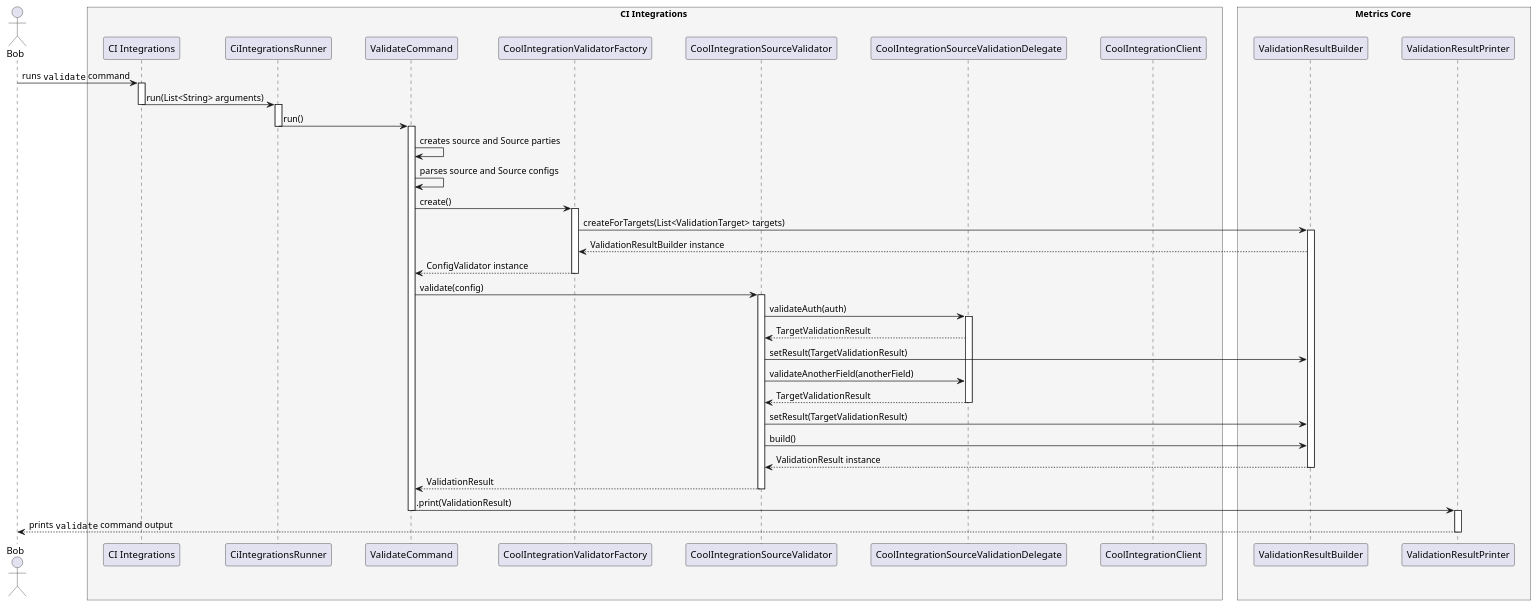
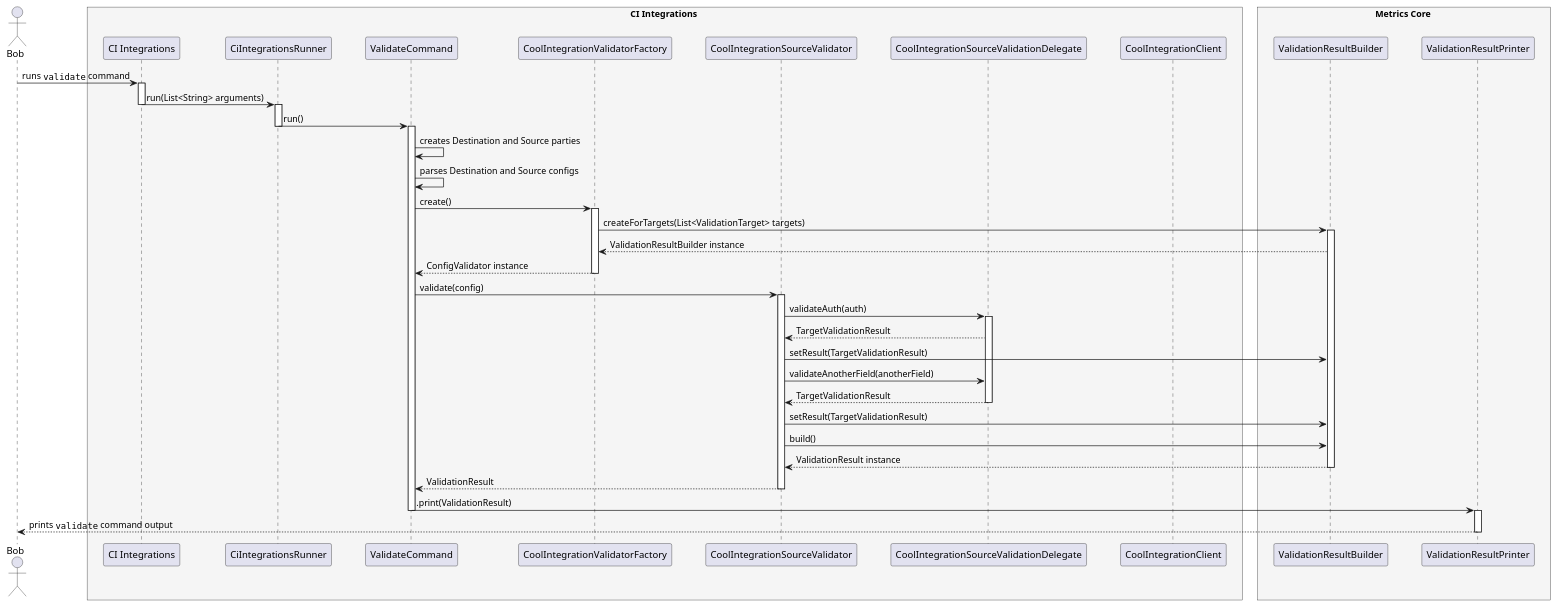
One commit to Flank/flank-dashboard changed the diagram in metrics/cli/docs/features/doctor_output_improvements/diagrams/ci_integrations_validator_sequence_diagram.puml. Above: the diagram before and after it, drawn with PlantUML. The commit also changed 1 other file, not shown here.

```diff
--- a/metrics/cli/docs/features/doctor_output_improvements/diagrams/ci_integrations_validator_sequence_diagram.puml
+++ b/metrics/cli/docs/features/doctor_output_improvements/diagrams/ci_integrations_validator_sequence_diagram.puml
@@ -1,82 +1,82 @@
 @startuml config_validator_sequence_diagram
 
 skinparam ParticipantPadding 20
 skinparam BoxPadding 10
 
 actor Bob
 
 box CI Integrations #whiteSmoke
 
 participant "CI Integrations"
 participant CiIntegrationsRunner
 participant ValidateCommand
 participant CoolIntegrationValidatorFactory
 participant CoolIntegrationSourceValidator
 participant CoolIntegrationSourceValidationDelegate
 participant CoolIntegrationClient
 
 end box
 
 box Metrics Core #whiteSmoke
 
 participant ValidationResultBuilder
 participant ValidationResultPrinter
 
 end box
 
 Bob -> "CI Integrations" : runs ""validate"" command
 activate "CI Integrations"
 
 "CI Integrations" -> CiIntegrationsRunner: run(List<String> arguments)
 deactivate "CI Integrations"
 activate CiIntegrationsRunner
 
 CiIntegrationsRunner -> ValidateCommand: run()
 deactivate CiIntegrationsRunner
 activate ValidateCommand
 
-ValidateCommand -> ValidateCommand : creates source and Source parties
-ValidateCommand -> ValidateCommand : parses source and Source configs
+ValidateCommand -> ValidateCommand : creates Destination and Source parties
+ValidateCommand -> ValidateCommand : parses Destination and Source configs
 
 ValidateCommand -> CoolIntegrationValidatorFactory : create()
 activate CoolIntegrationValidatorFactory
 
 CoolIntegrationValidatorFactory -> ValidationResultBuilder : createForTargets(List<ValidationTarget> targets)
 activate ValidationResultBuilder
 
 ValidationResultBuilder --> CoolIntegrationValidatorFactory : ValidationResultBuilder instance
 
 CoolIntegrationValidatorFactory --> ValidateCommand : ConfigValidator instance
 deactivate CoolIntegrationValidatorFactory
 
 ValidateCommand -> CoolIntegrationSourceValidator : validate(config)
 activate CoolIntegrationSourceValidator
 
 CoolIntegrationSourceValidator -> CoolIntegrationSourceValidationDelegate : validateAuth(auth)
 activate CoolIntegrationSourceValidationDelegate
 
 CoolIntegrationSourceValidationDelegate --> CoolIntegrationSourceValidator : TargetValidationResult
 CoolIntegrationSourceValidator -> ValidationResultBuilder : setResult(TargetValidationResult)
 
 CoolIntegrationSourceValidator -> CoolIntegrationSourceValidationDelegate : validateAnotherField(anotherField)
 deactivate CoolIntegrationClient
 
 CoolIntegrationSourceValidationDelegate --> CoolIntegrationSourceValidator : TargetValidationResult
 deactivate CoolIntegrationSourceValidationDelegate
 
 CoolIntegrationSourceValidator -> ValidationResultBuilder : setResult(TargetValidationResult)
 CoolIntegrationSourceValidator -> ValidationResultBuilder : build()
 ValidationResultBuilder --> CoolIntegrationSourceValidator : ValidationResult instance
 deactivate ValidationResultBuilder
 
 CoolIntegrationSourceValidator --> ValidateCommand : ValidationResult
 deactivate CoolIntegrationSourceValidator
 
 ValidateCommand -> ValidationResultPrinter : .print(ValidationResult)
 deactivate ValidateCommand
 activate ValidationResultPrinter
 
 ValidationResultPrinter --> Bob : prints ""validate"" command output
 deactivate ValidationResultPrinter
 
 @enduml
```
